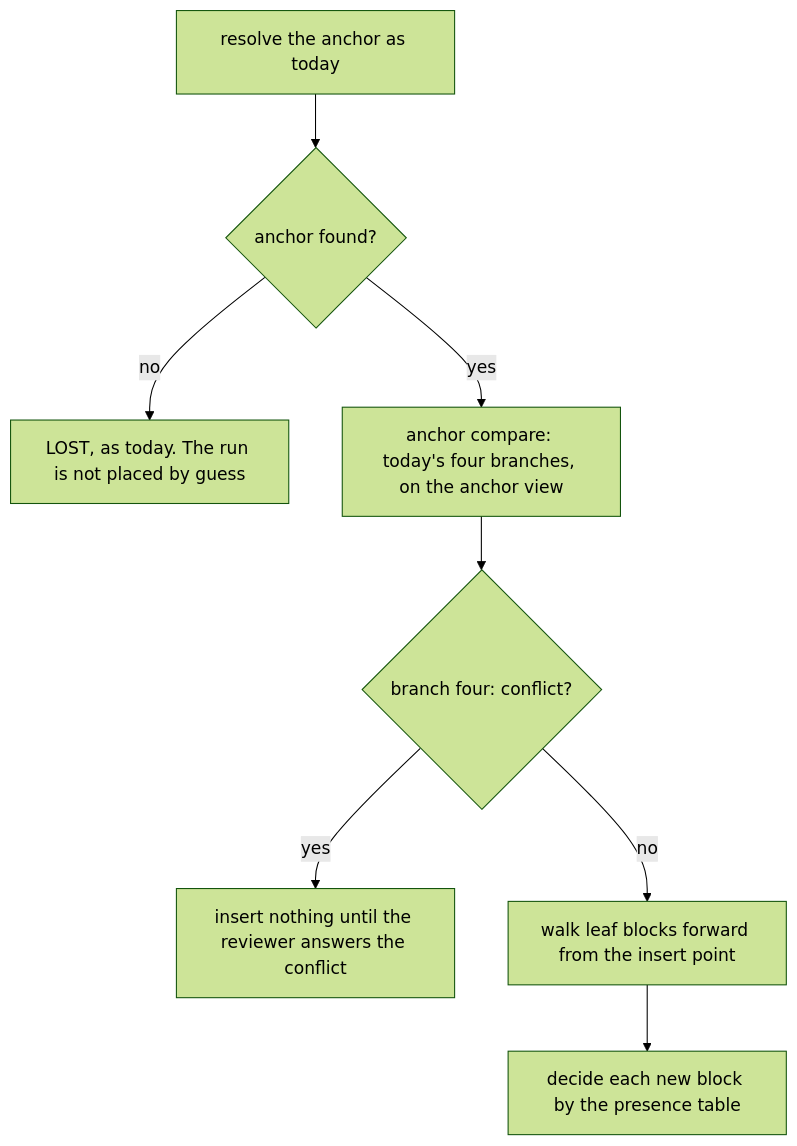
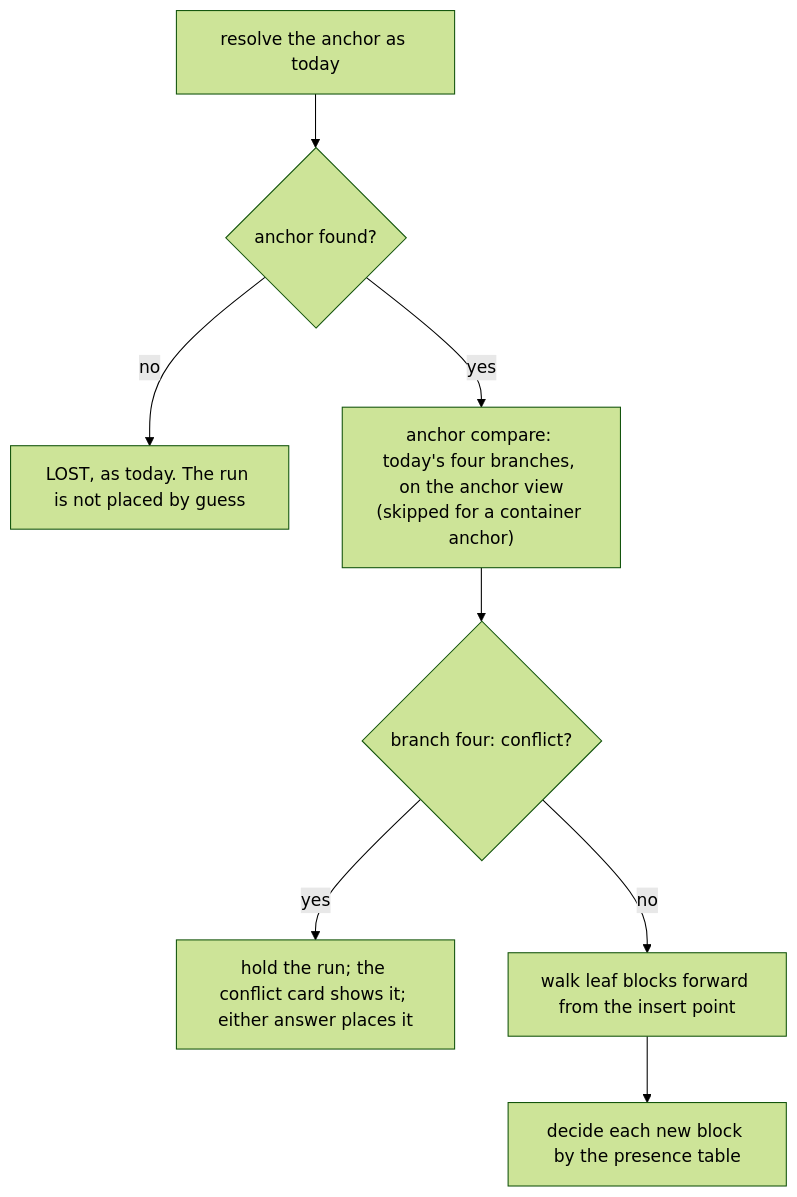
Before and after one commit to kenxle/live-agentic-html-editor: the fourth of 4 diagrams in docs/features/20260928.01_free_writing/02_architecture_free_writing.md, drawn with Mermaid (forest theme). The commit also changed other lines of this file and 3 other files, not shown here.

Commit message:
Free writing: plan reviews integrated (100 accepted, 1 rejected to the board, 5 to Ken); architecture back-patched

````diff
--- a/docs/features/20260928.01_free_writing/02_architecture_free_writing.md
+++ b/docs/features/20260928.01_free_writing/02_architecture_free_writing.md
@@ -256,10 +283,10 @@
 ```mermaid
 flowchart TD
   A[resolve the anchor as today] --> B{anchor found?}
   B -- no --> L[LOST, as today. The run is not placed by guess]
-  B -- yes --> C["anchor compare: today's four branches, on the anchor view"]
+  B -- yes --> C["anchor compare: today's four branches, on the anchor view<br/>(skipped for a container anchor)"]
   C --> K{"branch four: conflict?"}
-  K -- yes --> W[insert nothing until the reviewer answers the conflict]
+  K -- yes --> W["hold the run; the conflict card shows it; either answer places it"]
   K -- no --> D["walk leaf blocks forward from the insert point"]
   D --> E["decide each new block by the presence table"]
 ```
````
